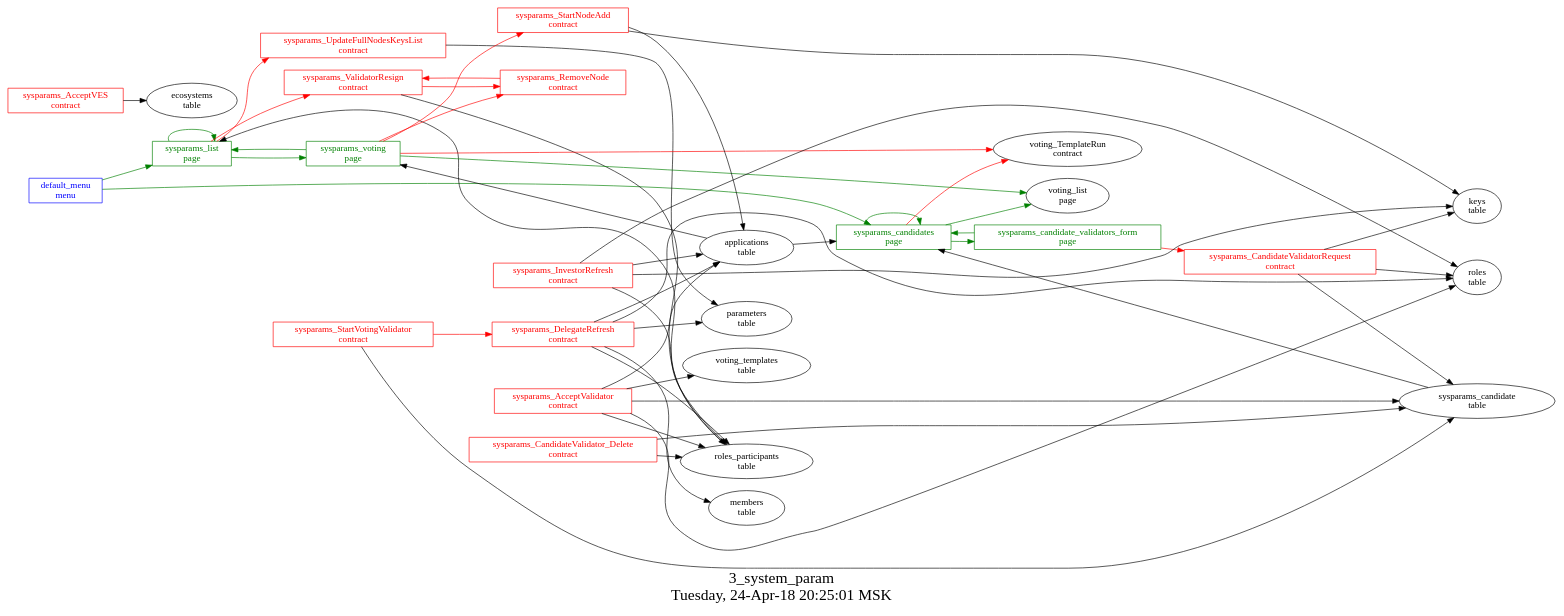
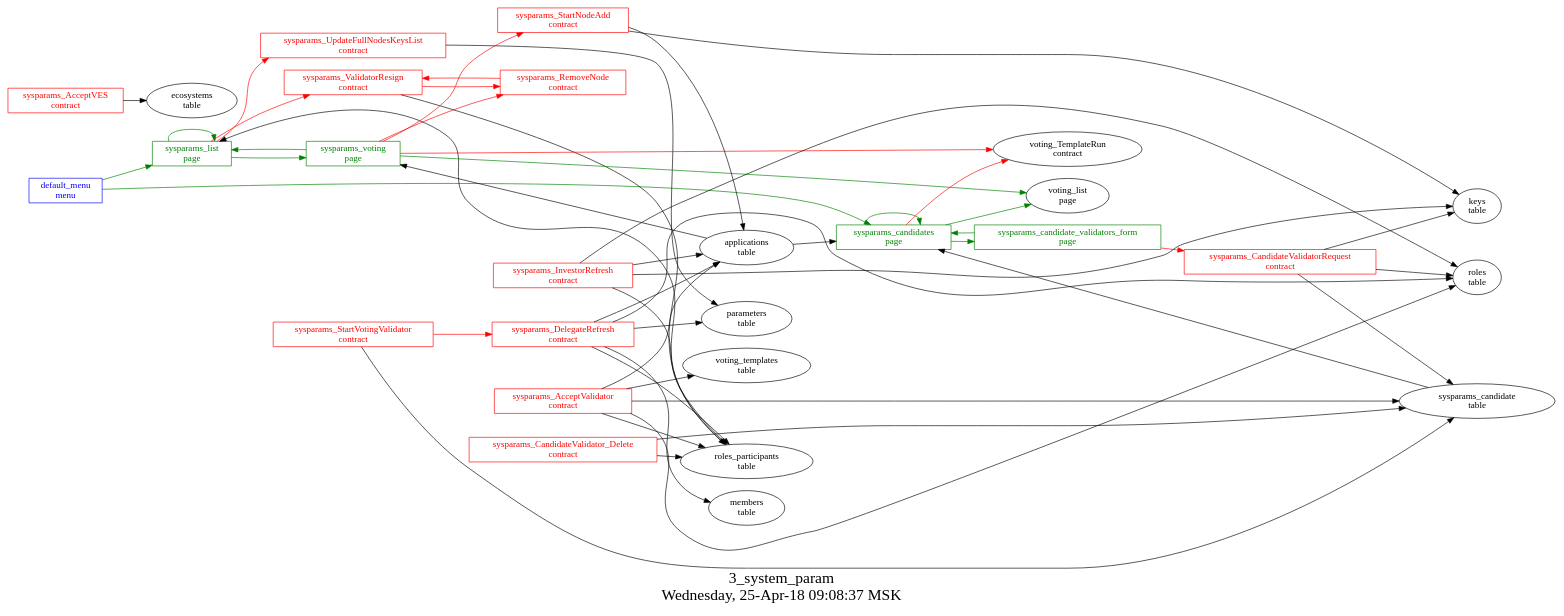
Before and after one commit to AplaProject/apps: the diagram in src/basic/3_system_params/struct.dot, drawn with Graphviz. The commit also changed 2 other files, not shown here.

```diff
--- a/src/basic/3_system_params/struct.dot
+++ b/src/basic/3_system_params/struct.dot
@@ -1,76 +1,76 @@
 digraph G {
 graph [
   fontsize="24";
-  label="3_system_param\nTuesday, 24-Apr-18 20:25:01 MSK";
+  label="3_system_param\nWednesday, 25-Apr-18 09:08:37 MSK";
   nojustify=true;
   ordering=out;
   rankdir=LR;
   size="30";
 ];
 "default_menu\nmenu" -> "sysparams_list\npage"  [ color=green ]
 "default_menu\nmenu" -> "sysparams_candidates\npage"  [ color=green ]
 "default_menu\nmenu" [color=blue, fontcolor=blue, group=menus, shape=record];
 "sysparams_candidate_validators_form\npage" -> "sysparams_CandidateValidatorRequest\ncontract"  [ color=red ]
 "sysparams_candidate_validators_form\npage" -> "sysparams_candidates\npage"  [ color=green ]
 "sysparams_candidate_validators_form\npage" [color=green, fontcolor=green, group=pages, shape=record];
 "sysparams_candidates\npage" -> "voting_TemplateRun\ncontract"  [ color=red ]
 "applications\ntable" -> "sysparams_candidates\npage"  [ color="" ]
 "sysparams_candidate\ntable" -> "sysparams_candidates\npage"  [ color="" ]
 "sysparams_candidates\npage" -> "voting_list\npage"  [ color=green ]
 "sysparams_candidates\npage" -> "sysparams_candidates\npage"  [ color=green ]
 "sysparams_candidates\npage" -> "sysparams_candidate_validators_form\npage"  [ color=green ]
 "sysparams_candidates\npage" [color=green, fontcolor=green, group=pages, shape=record];
 "sysparams_list\npage" -> "sysparams_UpdateFullNodesKeysList\ncontract"  [ color=red ]
 "sysparams_list\npage" -> "sysparams_ValidatorResign\ncontract"  [ color=red ]
 "roles_participants\ntable" -> "sysparams_list\npage"  [ color="" ]
 "sysparams_list\npage" -> "sysparams_voting\npage"  [ color=green ]
 "sysparams_list\npage" -> "sysparams_list\npage"  [ color=green ]
 "sysparams_list\npage" [color=green, fontcolor=green, group=pages, shape=record];
 "sysparams_voting\npage" -> "sysparams_StartNodeAdd\ncontract"  [ color=red ]
 "sysparams_voting\npage" -> "sysparams_RemoveNode\ncontract"  [ color=red ]
 "sysparams_voting\npage" -> "voting_TemplateRun\ncontract"  [ color=red ]
 "applications\ntable" -> "sysparams_voting\npage"  [ color="" ]
 "sysparams_voting\npage" -> "sysparams_list\npage"  [ color=green ]
 "sysparams_voting\npage" -> "voting_list\npage"  [ color=green ]
 "sysparams_voting\npage" [color=green, fontcolor=green, group=pages, shape=record];
 "sysparams_AcceptVES\ncontract" -> "ecosystems\ntable"  [ color="" ]
 "sysparams_AcceptVES\ncontract" [color=red, fontcolor=red, group=contracts, shape=record];
 "sysparams_AcceptValidator\ncontract" -> "applications\ntable"  [ color="" ]
 "sysparams_AcceptValidator\ncontract" -> "voting_templates\ntable"  [ color="" ]
 "sysparams_AcceptValidator\ncontract" -> "sysparams_candidate\ntable"  [ color="" ]
 "sysparams_AcceptValidator\ncontract" -> "roles_participants\ntable"  [ color="" ]
 "sysparams_AcceptValidator\ncontract" -> "roles\ntable"  [ color="" ]
 "sysparams_AcceptValidator\ncontract" [color=red, fontcolor=red, group=contracts, shape=record];
 "sysparams_CandidateValidatorRequest\ncontract" -> "keys\ntable"  [ color="" ]
 "sysparams_CandidateValidatorRequest\ncontract" -> "roles\ntable"  [ color="" ]
 "sysparams_CandidateValidatorRequest\ncontract" -> "sysparams_candidate\ntable"  [ color="" ]
 "sysparams_CandidateValidatorRequest\ncontract" [color=red, fontcolor=red, group=contracts, shape=record];
 "sysparams_CandidateValidator_Delete\ncontract" -> "sysparams_candidate\ntable"  [ color="" ]
 "sysparams_CandidateValidator_Delete\ncontract" -> "roles_participants\ntable"  [ color="" ]
 "sysparams_CandidateValidator_Delete\ncontract" [color=red, fontcolor=red, group=contracts, shape=record];
 "sysparams_DelegateRefresh\ncontract" -> "roles\ntable"  [ color="" ]
 "sysparams_DelegateRefresh\ncontract" -> "applications\ntable"  [ color="" ]
 "sysparams_DelegateRefresh\ncontract" -> "parameters\ntable"  [ color="" ]
 "sysparams_DelegateRefresh\ncontract" -> "roles_participants\ntable"  [ color="" ]
 "sysparams_DelegateRefresh\ncontract" -> "members\ntable"  [ color="" ]
 "sysparams_DelegateRefresh\ncontract" [color=red, fontcolor=red, group=contracts, shape=record];
 "sysparams_InvestorRefresh\ncontract" -> "roles\ntable"  [ color="" ]
 "sysparams_InvestorRefresh\ncontract" -> "applications\ntable"  [ color="" ]
 "sysparams_InvestorRefresh\ncontract" -> "keys\ntable"  [ color="" ]
 "sysparams_InvestorRefresh\ncontract" -> "roles_participants\ntable"  [ color="" ]
 "sysparams_InvestorRefresh\ncontract" [color=red, fontcolor=red, group=contracts, shape=record];
 "sysparams_RemoveNode\ncontract" -> "sysparams_ValidatorResign\ncontract"  [ color=red ]
 "sysparams_RemoveNode\ncontract" [color=red, fontcolor=red, group=contracts, shape=record];
 "sysparams_StartNodeAdd\ncontract" -> "keys\ntable"  [ color="" ]
 "sysparams_StartNodeAdd\ncontract" -> "applications\ntable"  [ color="" ]
 "sysparams_StartNodeAdd\ncontract" [color=red, fontcolor=red, group=contracts, shape=record];
 "sysparams_StartVotingValidator\ncontract" -> "sysparams_DelegateRefresh\ncontract"  [ color=red ]
 "sysparams_StartVotingValidator\ncontract" -> "sysparams_candidate\ntable"  [ color="" ]
 "sysparams_StartVotingValidator\ncontract" [color=red, fontcolor=red, group=contracts, shape=record];
 "sysparams_UpdateFullNodesKeysList\ncontract" -> "parameters\ntable"  [ color="" ]
 "sysparams_UpdateFullNodesKeysList\ncontract" [color=red, fontcolor=red, group=contracts, shape=record];
 "sysparams_ValidatorResign\ncontract" -> "sysparams_RemoveNode\ncontract"  [ color=red ]
 "sysparams_ValidatorResign\ncontract" -> "roles_participants\ntable"  [ color="" ]
 "sysparams_ValidatorResign\ncontract" [color=red, fontcolor=red, group=contracts, shape=record];
 "sysparams_candidate\ntable" [color="", fontcolor="", group=tables, shape=""];
 }
```
